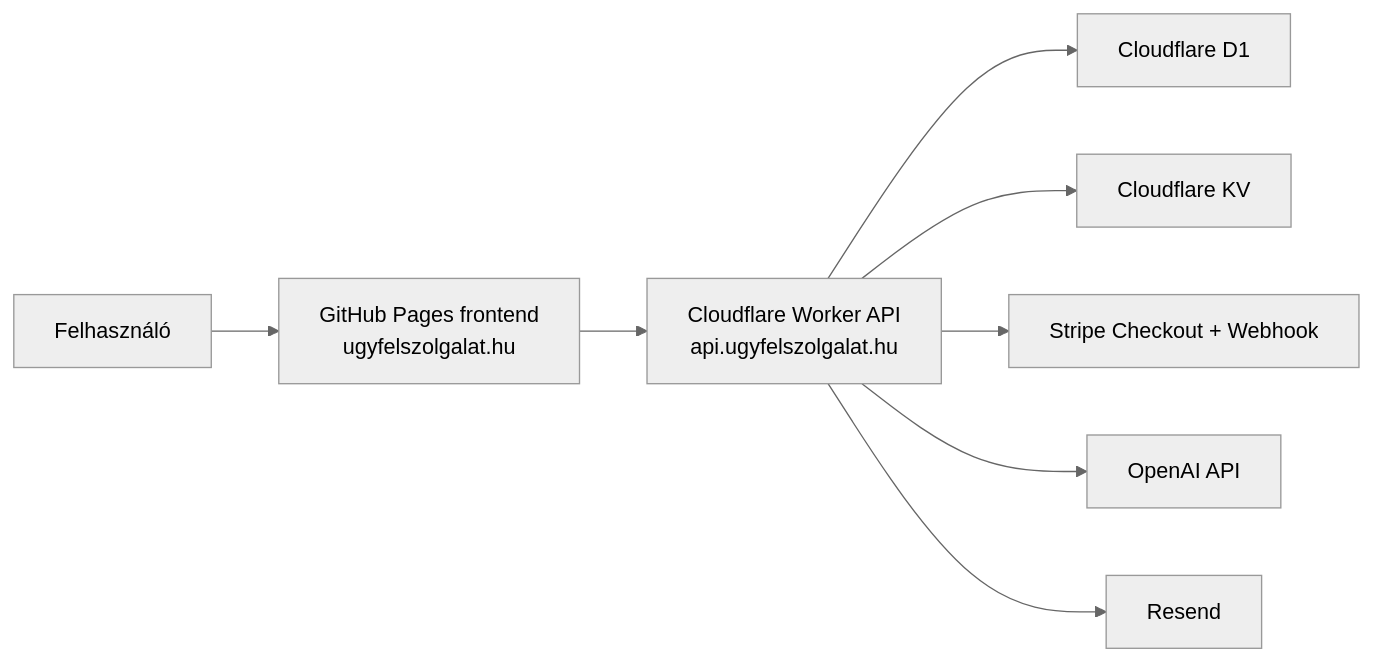
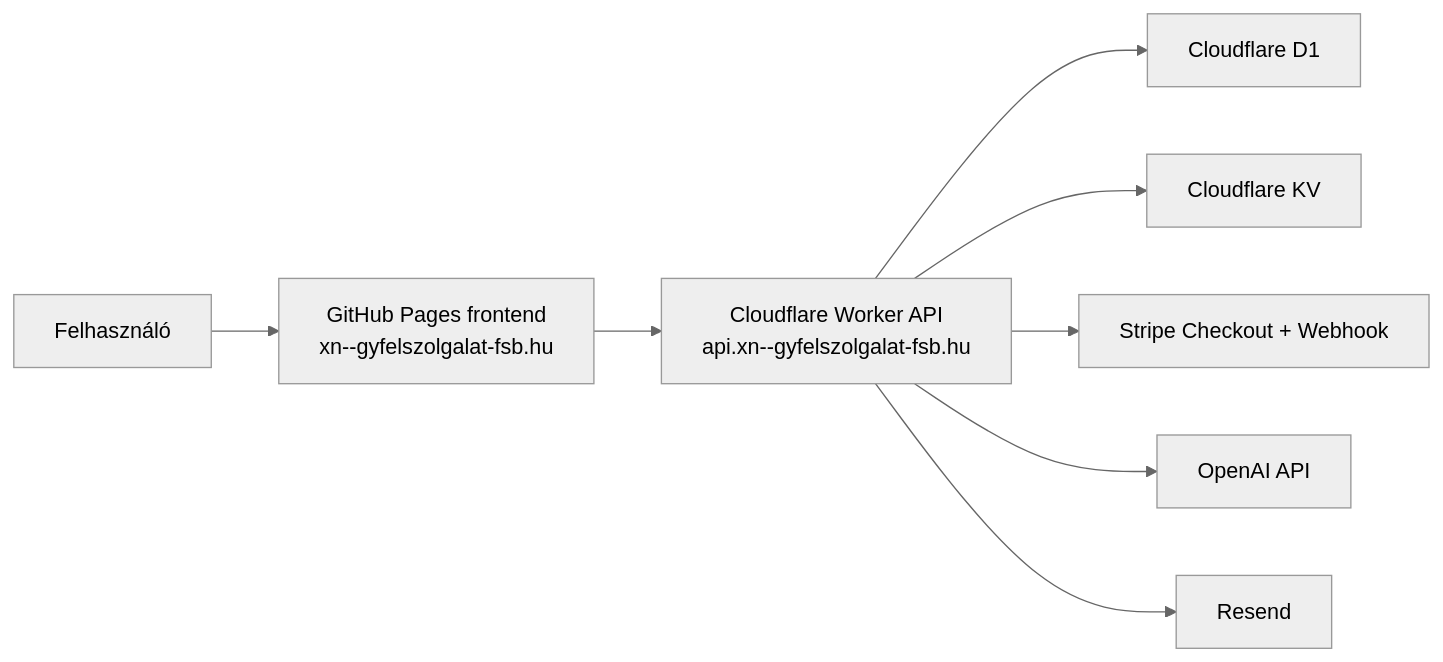
Before and after one commit to epatrik107/ugyfelszolg: the diagram in README.md, drawn with Mermaid (neutral theme). The commit also changed other lines of this file and 7 other files, not shown here.

````diff
--- a/README.md
+++ b/README.md
@@ -20,10 +20,10 @@
 ```mermaid
 flowchart LR
-  U["Felhasználó"] --> F["GitHub Pages frontend<br/>ugyfelszolgalat.hu"]
-  F --> W["Cloudflare Worker API<br/>api.ugyfelszolgalat.hu"]
+  U["Felhasználó"] --> F["GitHub Pages frontend<br/>xn--gyfelszolgalat-fsb.hu"]
+  F --> W["Cloudflare Worker API<br/>api.xn--gyfelszolgalat-fsb.hu"]
   W --> D1["Cloudflare D1"]
   W --> KV["Cloudflare KV"]
   W --> S["Stripe Checkout + Webhook"]
   W --> O["OpenAI API"]
   W --> R["Resend"]
 ```
````
